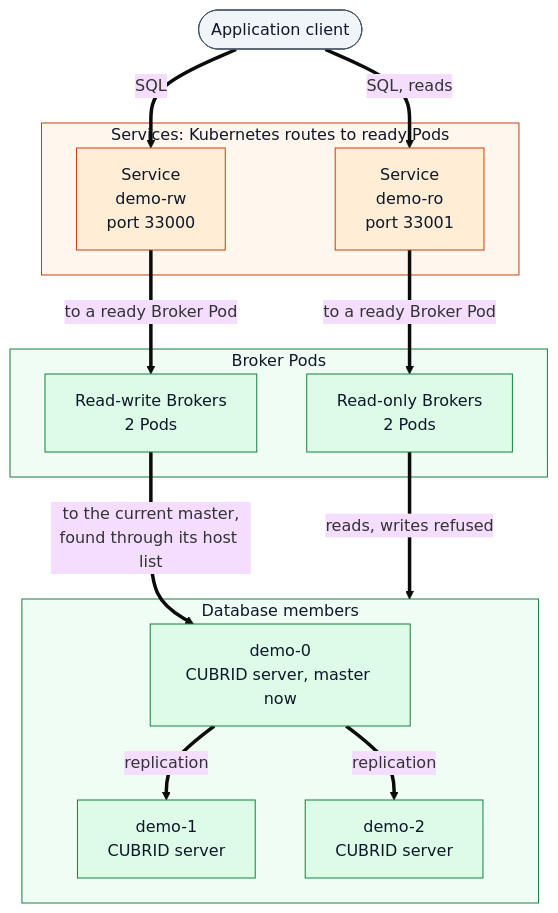
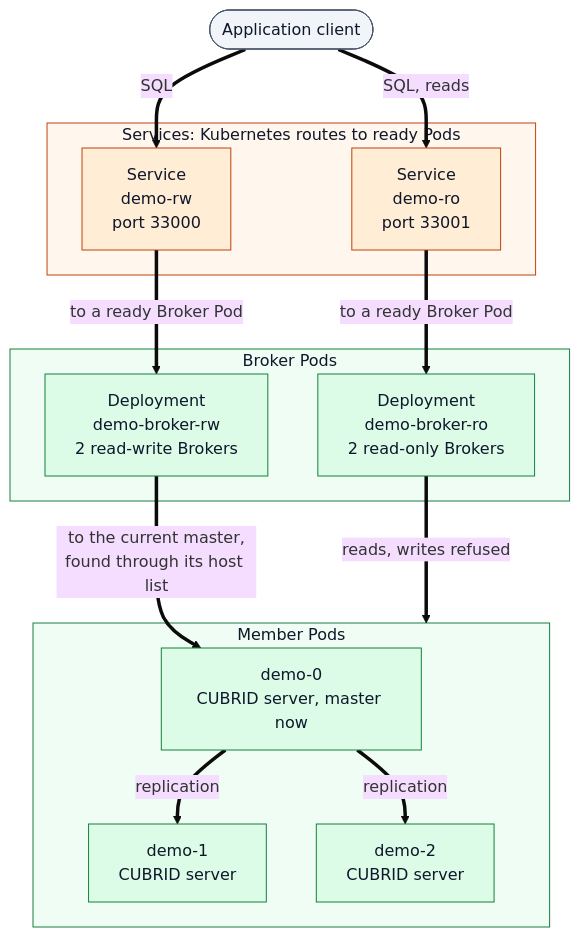
One commit to cubrid-lab/cubrid-kubernetes-operator changed the first of 2 diagrams in docs/architecture/data-path.md. Above: the diagram before and after it, drawn with Mermaid (base theme). The commit also changed other lines of this file and 4 other files, not shown here.

First line of the commit message:
docs(architecture): address review of the diagram rework

````diff
--- a/docs/architecture/data-path.md
+++ b/docs/architecture/data-path.md
@@ -25,38 +25,38 @@
 ```mermaid
 flowchart TB
     client(["Application client"]):::ext
 
     subgraph svc["Services: Kubernetes routes to ready Pods"]
         rw["Service<br/>demo-rw<br/>port 33000"]:::op
         ro["Service<br/>demo-ro<br/>port 33001"]:::op
     end
 
     subgraph brokers["Broker Pods"]
-        brw["Read-write Brokers<br/>2 Pods"]:::cubrid
-        bro["Read-only Brokers<br/>2 Pods"]:::cubrid
+        brw["Deployment<br/>demo-broker-rw<br/>2 read-write Brokers"]:::cubrid
+        bro["Deployment<br/>demo-broker-ro<br/>2 read-only Brokers"]:::cubrid
     end
 
-    subgraph members["Database members"]
+    subgraph members["Member Pods"]
         m0["demo-0<br/>CUBRID server, master now"]:::cubrid
         m1["demo-1<br/>CUBRID server"]:::cubrid
         m2["demo-2<br/>CUBRID server"]:::cubrid
     end
 
     client == "SQL" ==> rw
     client == "SQL, reads" ==> ro
     rw == "to a ready Broker Pod" ==> brw
     ro == "to a ready Broker Pod" ==> bro
     brw == "to the current master,<br/>found through its host list" ==> m0
     bro == "reads, writes refused" ==> members
     m0 == "replication" ==> m1
     m0 == "replication" ==> m2
 
     classDef k8s fill:#dbeafe,stroke:#1d4ed8,color:#0f172a
     classDef op fill:#ffedd5,stroke:#c2410c,color:#0f172a
     classDef cubrid fill:#dcfce7,stroke:#15803d,color:#0f172a
     classDef ext fill:#f1f5f9,stroke:#475569,color:#0f172a
 
     style svc fill:#fff7ed,stroke:#c2410c,color:#0f172a
     style brokers fill:#f0fdf4,stroke:#15803d,color:#0f172a
     style members fill:#f0fdf4,stroke:#15803d,color:#0f172a
 ```
````
